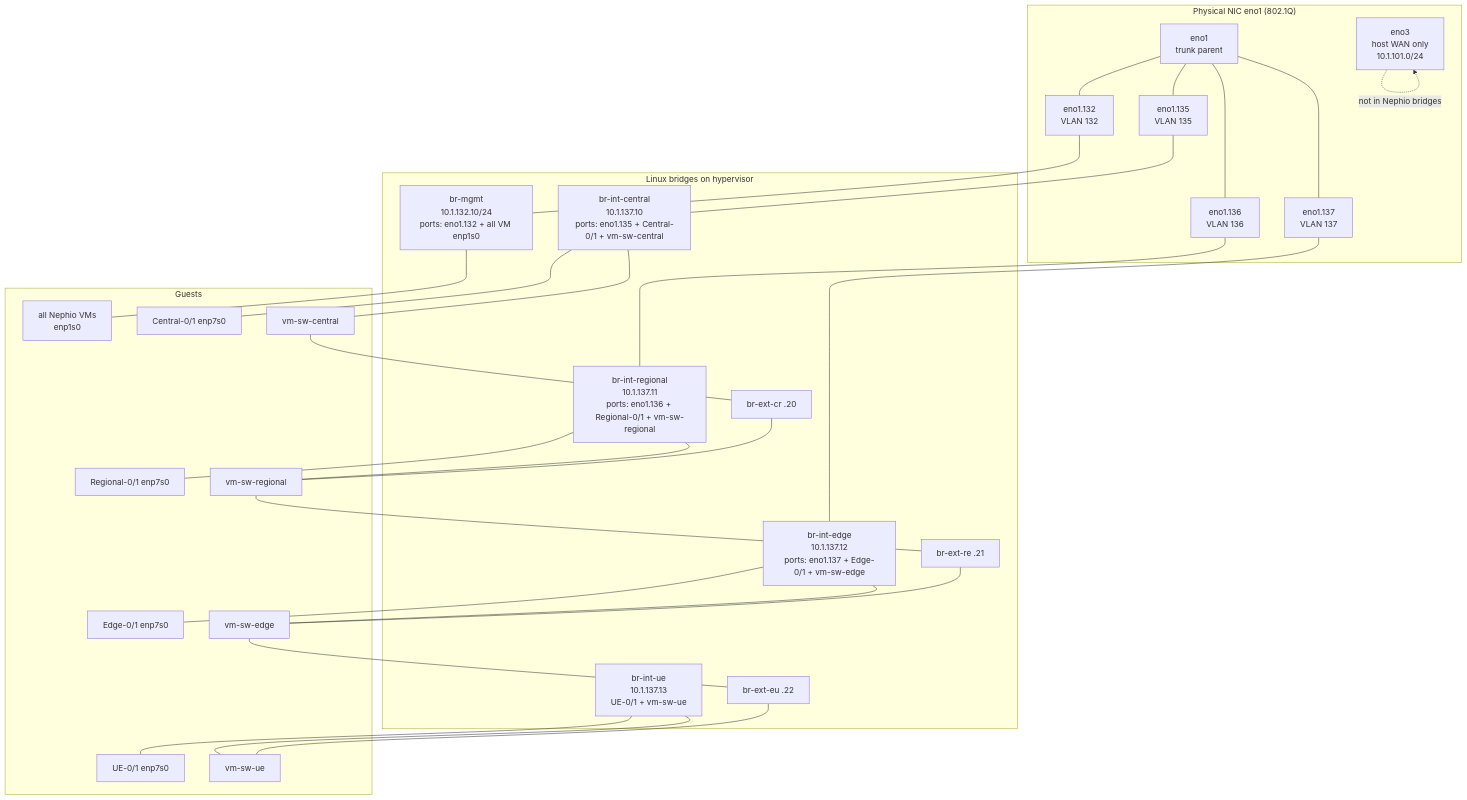
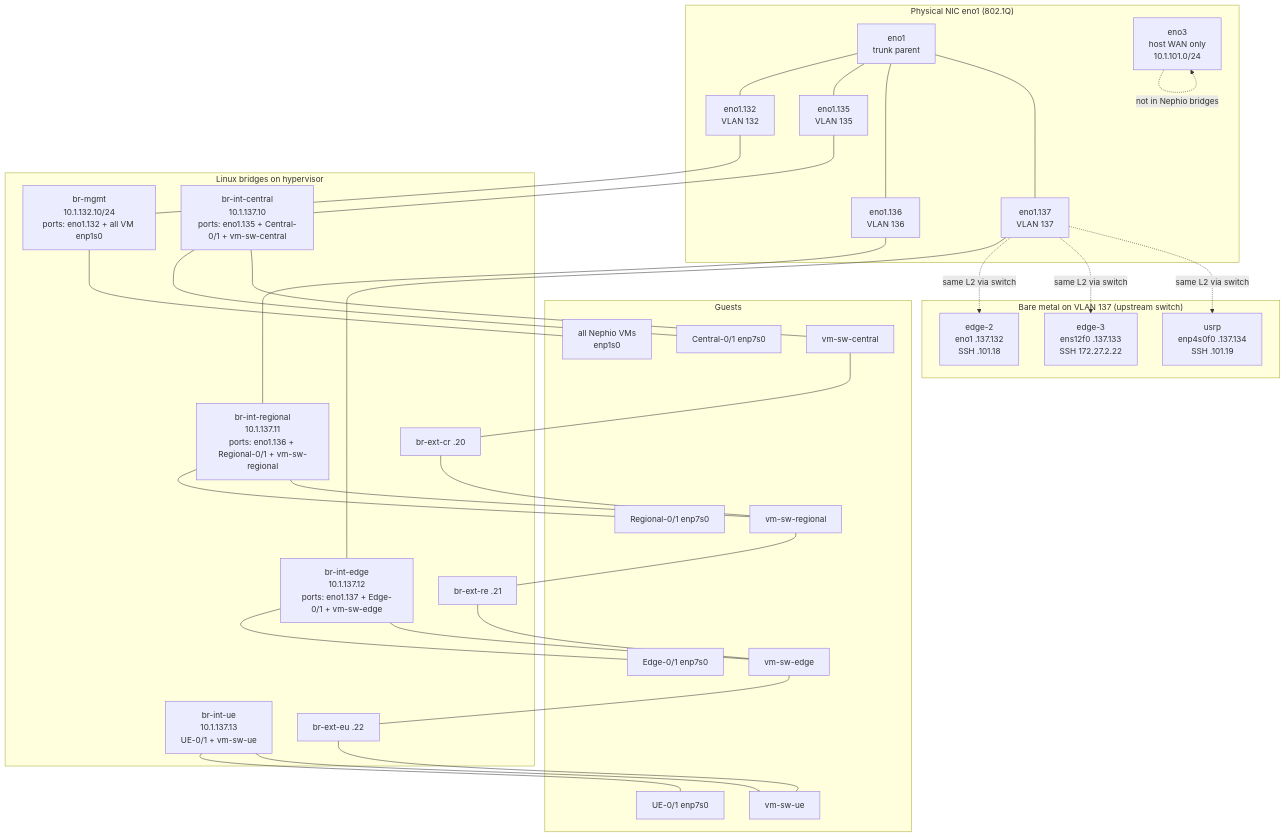
Before and after one commit to FCCLab/INA-Infra: the first of 2 diagrams in docs/topology.md, drawn with Mermaid. The commit also changed other lines of this file and 7 other files, not shown here.

First line of the commit message:
docs: update network configuration and SSH details for physical edge workers

````diff
--- a/docs/topology.md
+++ b/docs/topology.md
@@ -20,59 +20,69 @@
 ```mermaid
 flowchart TB
   subgraph phy["Physical NIC eno1 (802.1Q)"]
     eno1["eno1<br/>trunk parent"]
     v132["eno1.132<br/>VLAN 132"]
     v135["eno1.135<br/>VLAN 135"]
     v136["eno1.136<br/>VLAN 136"]
     v137["eno1.137<br/>VLAN 137"]
     eno3["eno3<br/>host WAN only<br/>10.1.101.0/24"]
     eno1 --- v132
     eno1 --- v135
     eno1 --- v136
     eno1 --- v137
   end
 
   subgraph bridges["Linux bridges on hypervisor"]
     BM["br-mgmt<br/>10.1.132.10/24<br/>ports: eno1.132 + all VM enp1s0"]
     BC["br-int-central<br/>10.1.137.10<br/>ports: eno1.135 + Central-0/1 + vm-sw-central"]
     BR["br-int-regional<br/>10.1.137.11<br/>ports: eno1.136 + Regional-0/1 + vm-sw-regional"]
     BE["br-int-edge<br/>10.1.137.12<br/>ports: eno1.137 + Edge-0/1 + vm-sw-edge"]
     BU["br-int-ue<br/>10.1.137.13<br/>UE-0/1 + vm-sw-ue"]
     CR["br-ext-cr .20"]
     RE["br-ext-re .21"]
     EU["br-ext-eu .22"]
   end
 
   subgraph vms["Guests"]
     ALL["all Nephio VMs<br/>enp1s0"]
     C["Central-0/1 enp7s0"]
     R["Regional-0/1 enp7s0"]
     E["Edge-0/1 enp7s0"]
     U["UE-0/1 enp7s0"]
     SC["vm-sw-central"]
     SR["vm-sw-regional"]
     SE["vm-sw-edge"]
     SU["vm-sw-ue"]
   end
 
+  subgraph bare["Bare metal on VLAN 137 (upstream switch)"]
+    E2["edge-2<br/>eno1 .137.132<br/>SSH .101.18"]
+    E3["edge-3<br/>ens12f0 .137.133<br/>SSH 172.27.2.22"]
+    USRP["usrp<br/>enp4s0f0 .137.134<br/>SSH .101.19"]
+  end
+
   v132 --- BM
   v135 --- BC
   v136 --- BR
   v137 --- BE
   eno3 -.->|not in Nephio bridges| eno3
 
   BM --- ALL
 
   BC --- C
   BC --- SC
   BR --- R
   BR --- SR
   BE --- E
   BE --- SE
   BU --- U
   BU --- SU
 
+  v137 -.->|same L2 via switch| E2
+  v137 -.->|same L2 via switch| E3
+  v137 -.->|same L2 via switch| USRP
+
   SC --- CR --- SR
   SR --- RE --- SE
   SE --- EU --- SU
 ```
````
